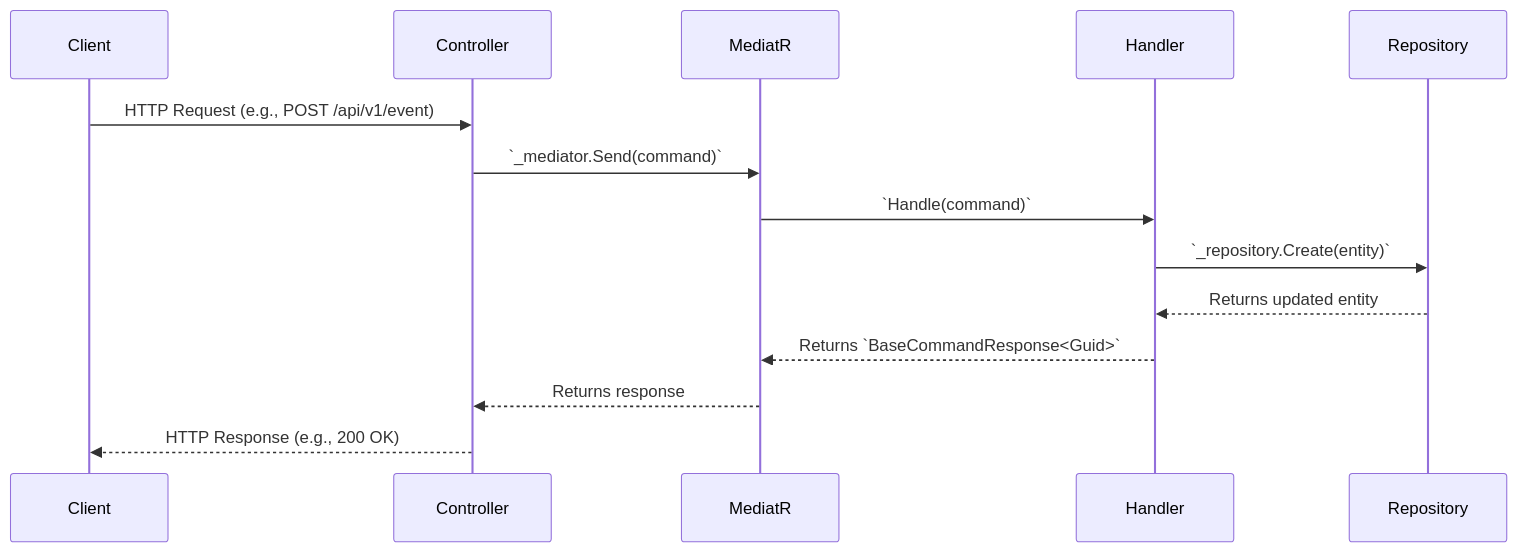
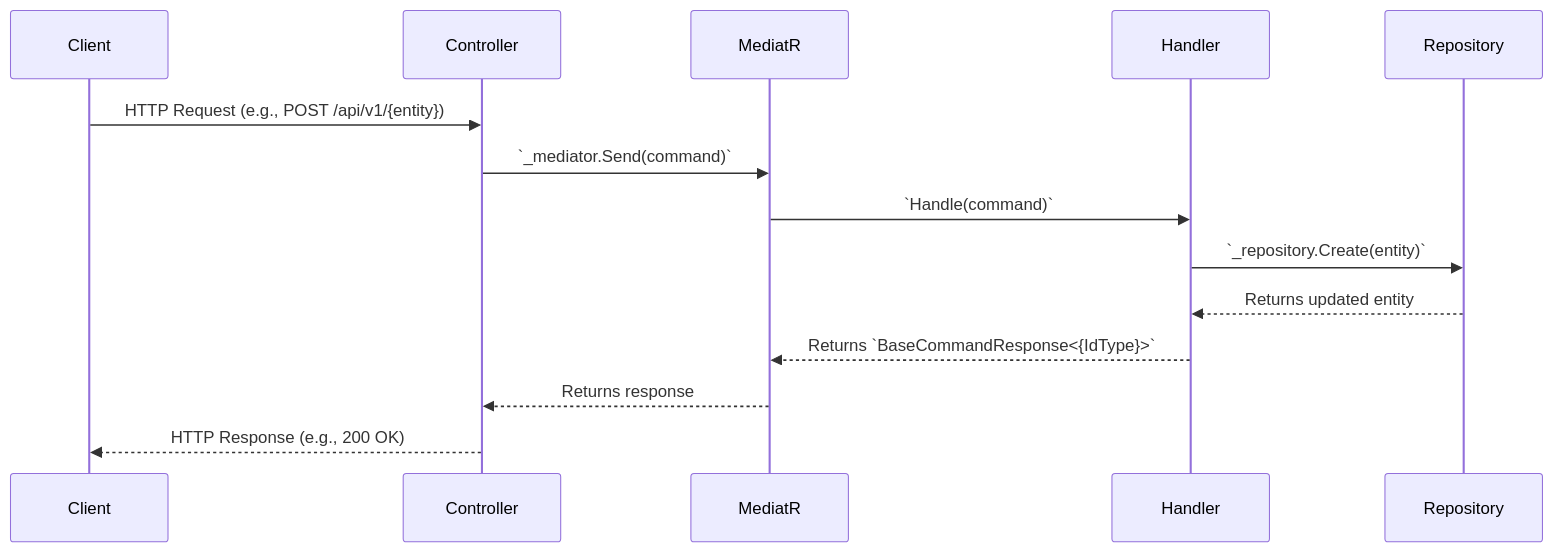
One commit to islamu-ngo/Explore changed the second of 3 diagrams in docs/ARCHITECTURE.md. Above: the diagram before and after it, drawn with Mermaid. The commit also changed other lines of this file and 71 other files, not shown here.

````diff
--- a/docs/ARCHITECTURE.md
+++ b/docs/ARCHITECTURE.md
@@ -65,17 +112,17 @@
 ```mermaid
 sequenceDiagram
     participant Client
     participant Controller
     participant MediatR
     participant Handler
     participant Repository
 
-    Client->>Controller: HTTP Request (e.g., POST /api/v1/event)
+    Client->>Controller: HTTP Request (e.g., POST /api/v1/{entity})
     Controller->>MediatR: `_mediator.Send(command)`
     MediatR->>Handler: `Handle(command)`
     Handler->>Repository: `_repository.Create(entity)`
     Repository-->>Handler: Returns updated entity
-    Handler-->>MediatR: Returns `BaseCommandResponse<Guid>`
+    Handler-->>MediatR: Returns `BaseCommandResponse<{IdType}>`
     MediatR-->>Controller: Returns response
     Controller-->>Client: HTTP Response (e.g., 200 OK)
 ```
````
